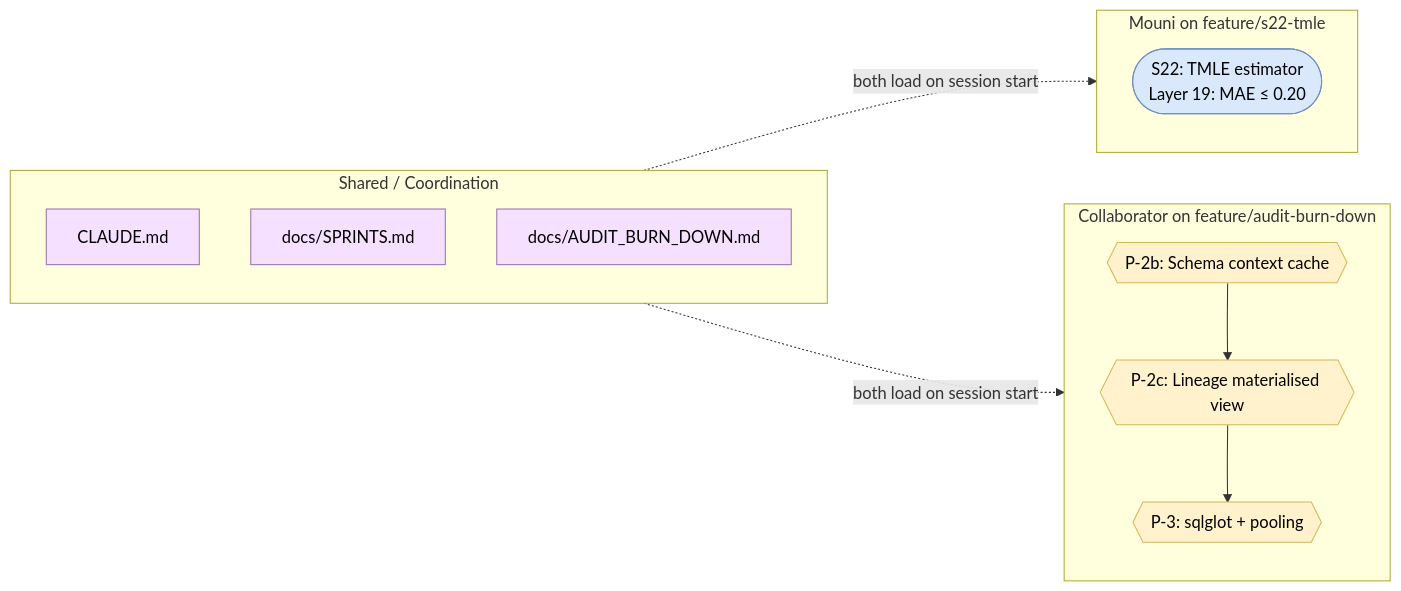
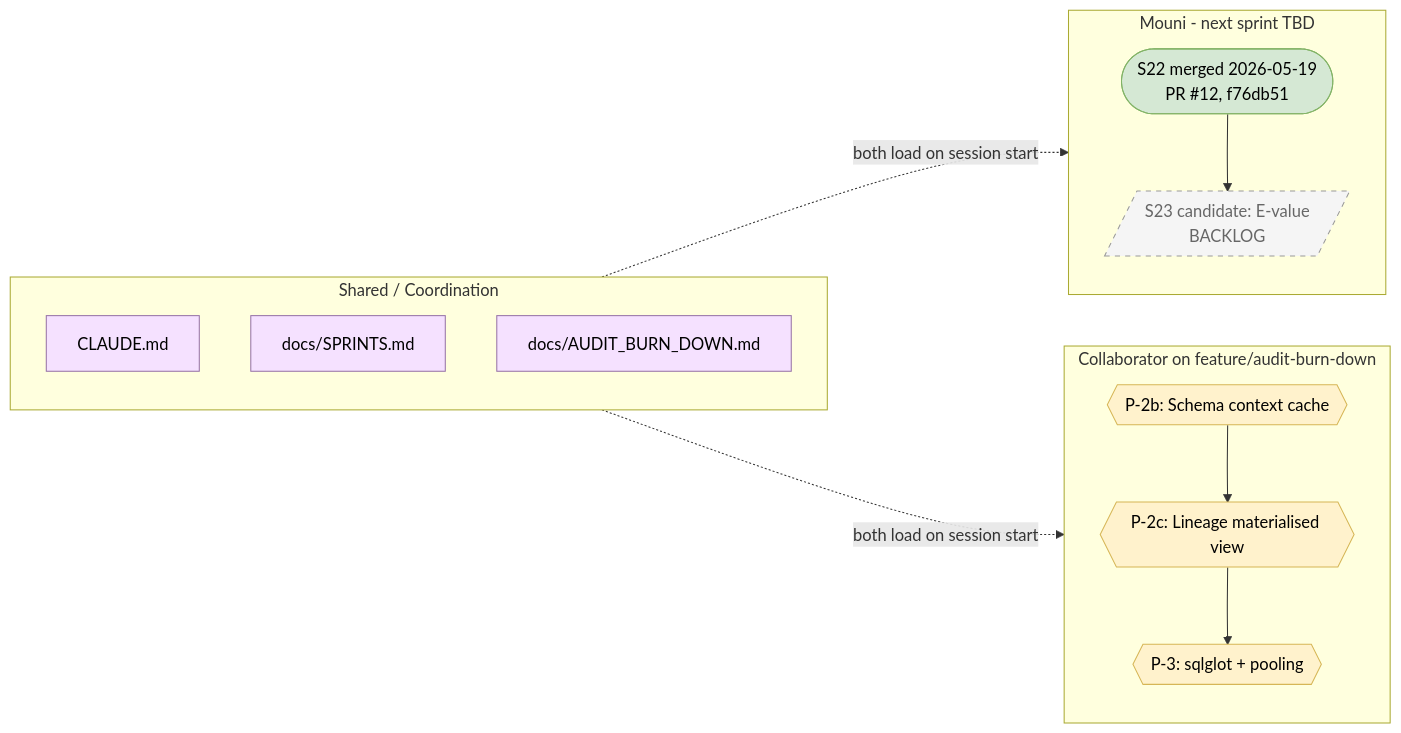
One commit to THIRD-I-AI/AURA changed the second of 2 diagrams in docs/SPRINTS.md. Above: the diagram before and after it, drawn with Mermaid. The commit also changed other lines of this file, not shown here.

First line of the commit message:
docs/SPRINTS.md: move S22 from In Flight to Completed (PR #12 squash-merged as f76db51)

````diff
--- a/docs/SPRINTS.md
+++ b/docs/SPRINTS.md
@@ -114,28 +113,32 @@
 ```mermaid
 graph LR
-    subgraph MOUNI [Mouni on feature/s22-tmle]
+    subgraph MOUNI [Mouni - next sprint TBD]
         direction TB
-        M1([S22: TMLE estimator<br/>Layer 19: MAE ≤ 0.20])
+        M0([S22 merged 2026-05-19<br/>PR #12, f76db51])
+        M1[/S23 candidate: E-value<br/>BACKLOG/]
+        M0 --> M1
     end
     subgraph COLLAB [Collaborator on feature/audit-burn-down]
         direction TB
         C1{{P-2b: Schema context cache}}
         C2{{P-2c: Lineage materialised view}}
         C3{{P-3: sqlglot + pooling}}
         C1 --> C2 --> C3
     end
     subgraph SHARED [Shared / Coordination]
         direction TB
         D1[CLAUDE.md]
         D2[docs/SPRINTS.md]
         D3[docs/AUDIT_BURN_DOWN.md]
     end
     SHARED -.->|both load on session start| MOUNI
     SHARED -.->|both load on session start| COLLAB
-    classDef flight fill:#dae8fc,stroke:#6c8ebf,color:#000
+    classDef done fill:#d5e8d4,stroke:#82b366,color:#000
     classDef backlog fill:#fff2cc,stroke:#d6b656,color:#000
+    classDef deferred fill:#f5f5f5,stroke:#999,color:#666,stroke-dasharray:5 5
     classDef shared fill:#f5e1ff,stroke:#9673a6,color:#000
-    class M1 flight
+    class M0 done
+    class M1 deferred
     class C1,C2,C3 backlog
     class D1,D2,D3 shared
 ```
````
